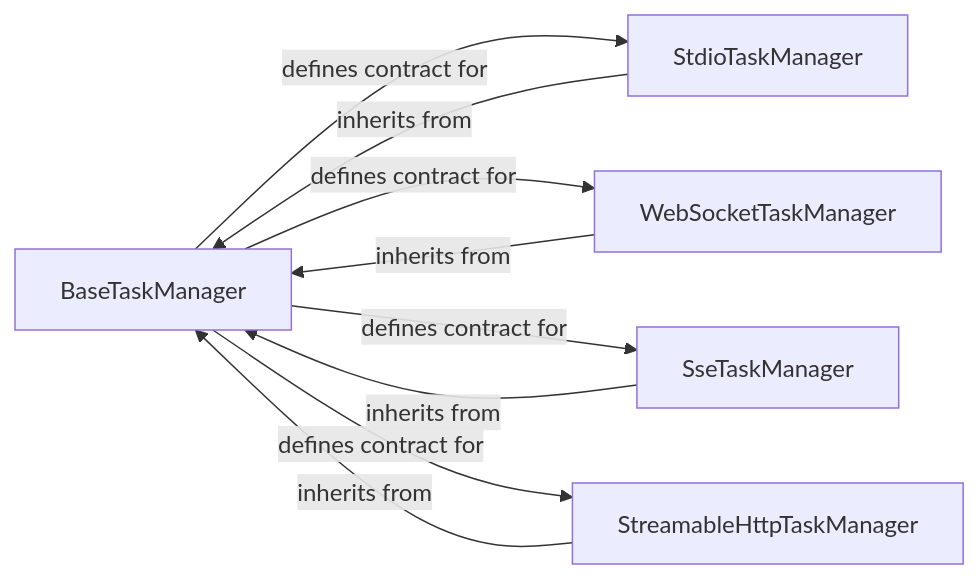
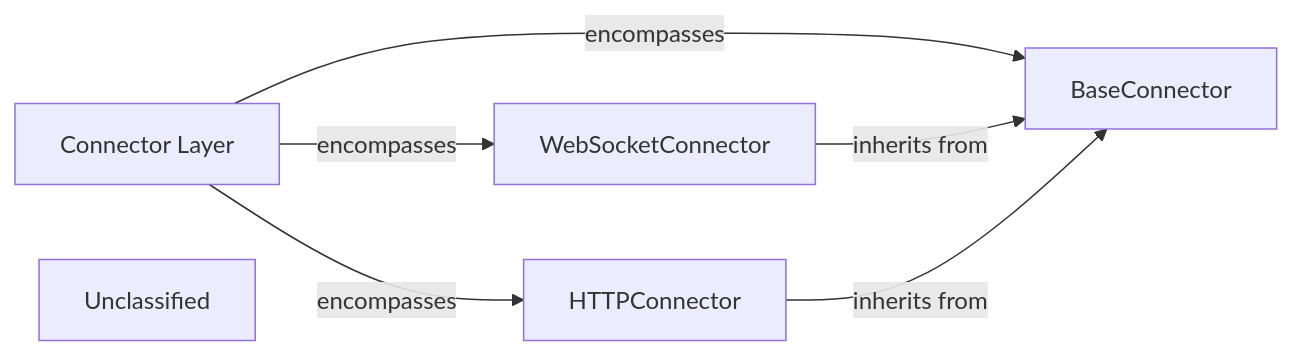
One commit to mcp-use/mcp-use changed the second of 8 diagrams in docs/development/architecture.mdx. Above: the diagram before and after it, drawn with Mermaid. The commit also changed other lines of this file and 29 other files, not shown here.

First line of the commit message:
docs: update codeboarding documentation and generate architecture

````diff
--- a/docs/development/architecture.mdx
+++ b/docs/development/architecture.mdx
@@ -72,16 +108,14 @@
 ```mermaid
 graph LR
-    BaseTaskManager["BaseTaskManager"]
-    StdioTaskManager["StdioTaskManager"]
-    WebSocketTaskManager["WebSocketTaskManager"]
-    SseTaskManager["SseTaskManager"]
-    StreamableHttpTaskManager["StreamableHttpTaskManager"]
-    BaseTaskManager -- "defines contract for" --> StdioTaskManager
-    BaseTaskManager -- "defines contract for" --> WebSocketTaskManager
-    BaseTaskManager -- "defines contract for" --> SseTaskManager
-    BaseTaskManager -- "defines contract for" --> StreamableHttpTaskManager
-    StdioTaskManager -- "inherits from" --> BaseTaskManager
-    WebSocketTaskManager -- "inherits from" --> BaseTaskManager
-    SseTaskManager -- "inherits from" --> BaseTaskManager
-    StreamableHttpTaskManager -- "inherits from" --> BaseTaskManager
+    Connector_Layer["Connector Layer"]
+    BaseConnector["BaseConnector"]
+    WebSocketConnector["WebSocketConnector"]
+    HTTPConnector["HTTPConnector"]
+    Unclassified["Unclassified"]
+    Connector_Layer -- "encompasses" --> BaseConnector
+    Connector_Layer -- "encompasses" --> WebSocketConnector
+    Connector_Layer -- "encompasses" --> HTTPConnector
+    WebSocketConnector -- "inherits from" --> BaseConnector
+    HTTPConnector -- "inherits from" --> BaseConnector
+    click Connector_Layer href "/codeboarding/Connector_Layer.md" "Details"
 ```
````
